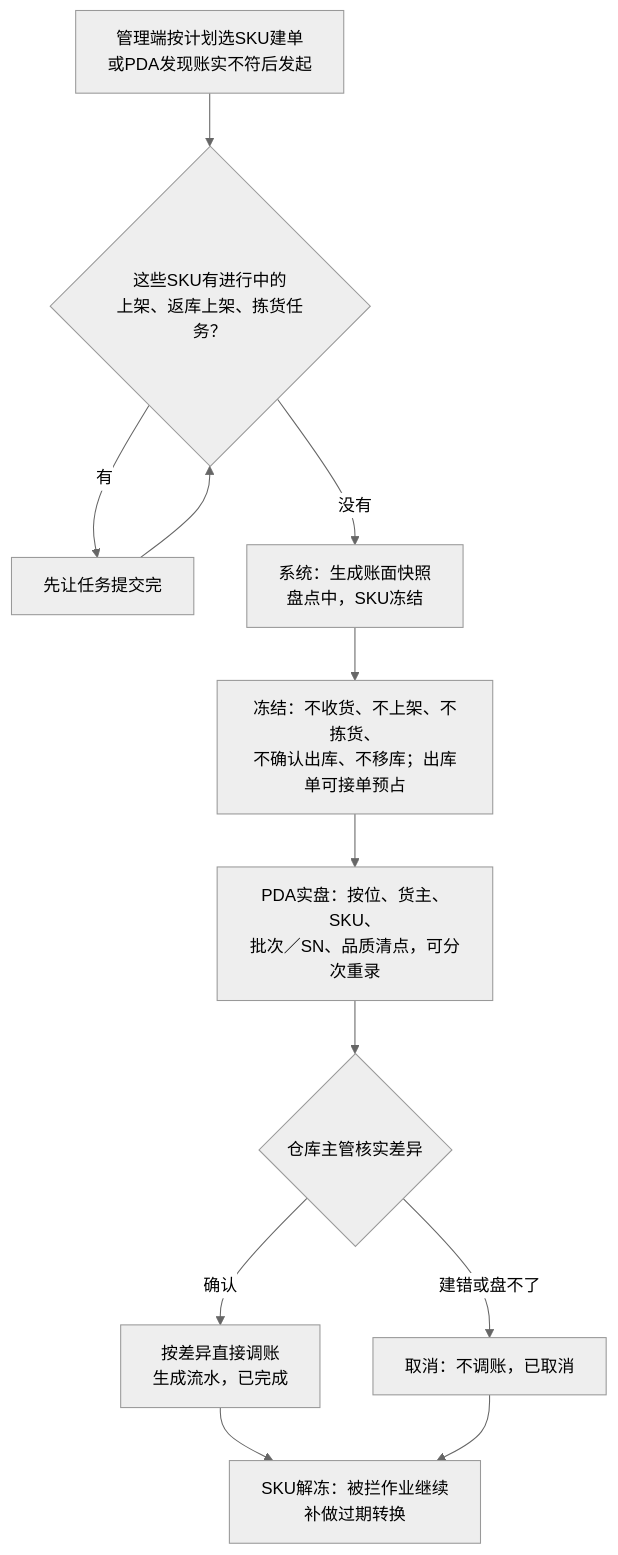
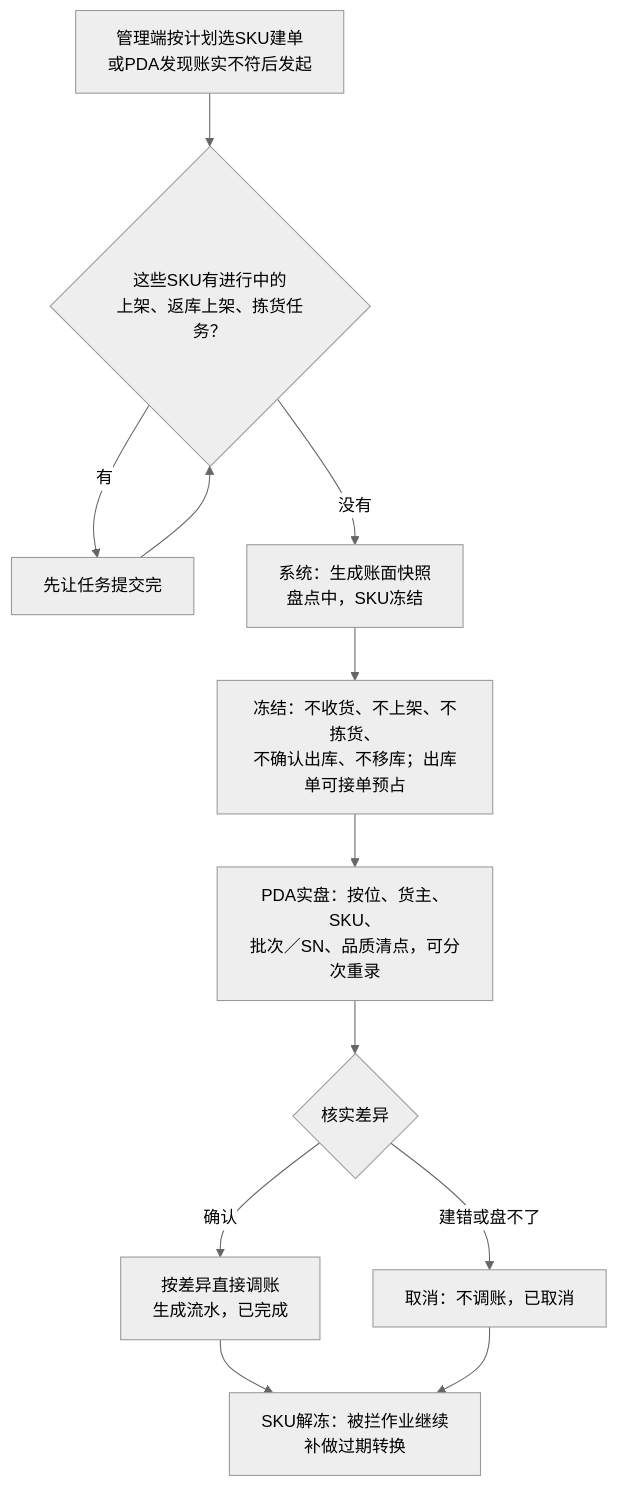
The sixth of 6 diagrams in 05-应用设计方案/20261002-MVP版本/系统架构设计/01-系统流程与单据交互.md (TopVitamin/QS-WMS-Project), drawn with Mermaid (neutral theme) before and after one commit. The commit also changed other lines of this file and 207 other files, not shown here.

````diff
--- a/05-应用设计方案/20261002-MVP版本/系统架构设计/01-系统流程与单据交互.md
+++ b/05-应用设计方案/20261002-MVP版本/系统架构设计/01-系统流程与单据交互.md
@@ -268,14 +268,14 @@
 ```mermaid
 flowchart TB
     A[管理端按计划选SKU建单<br/>或PDA发现账实不符后发起] --> C{这些SKU有进行中的<br/>上架、返库上架、拣货任务？}
     C -->|有| D[先让任务提交完]
     D --> C
     C -->|没有| E[系统：生成账面快照<br/>盘点中，SKU冻结]
     E --> F[冻结：不收货、不上架、不拣货、<br/>不确认出库、不移库；出库单可接单预占]
     F --> G[PDA实盘：按位、货主、SKU、<br/>批次／SN、品质清点，可分次重录]
-    G --> H{仓库主管核实差异}
+    G --> H{核实差异}
     H -->|确认| K[按差异直接调账<br/>生成流水，已完成]
     H -->|建错或盘不了| I[取消：不调账，已取消]
     K --> L[SKU解冻：被拦作业继续<br/>补做过期转换]
     I --> L
 ```
````
